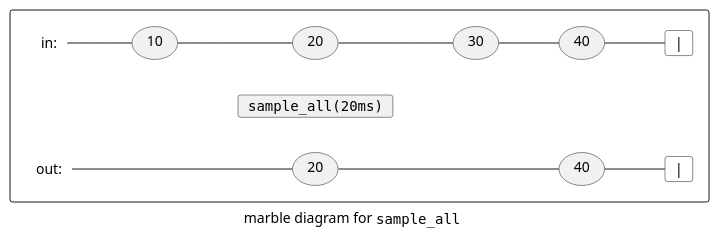
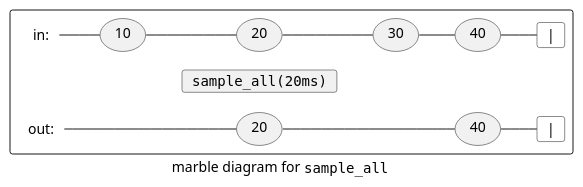
One commit to kirkshoop/sequence-next changed diagram 16 of 17 in sequences.md. Above: the diagram before and after it, drawn with PlantUML. The commit also changed other lines of this file, not shown here.

Commit message:
change layout engine for marble diagrams to fix CI

````diff
--- a/sequences.md
+++ b/sequences.md
@@ -826,27 +836,28 @@
 ```plantuml
+!pragma layout smetana
 caption marble diagram for ""sample_all""
 left to right direction
 rectangle {
 card iS as "in:" #transparent;line:transparent 
 usecase i10 as "10"
 usecase i20 as "20"
 usecase i30 as "30"
 usecase i40 as "40"
 card iE as "|" #transparent
 iS -- i10
 i10 -- i20
 i20 -- i30
 i30 -- i40
 i40 -- iE
 usecase anc as " " #transparent;line:transparent
 card fn as """sample_all(20ms)""" 
 anc -[hidden]-- fn
 card oS as "out:" #transparent;line:transparent
 usecase o20 as "20"
 usecase o40 as "40"
 card oE as "|" #transparent
 oS --- o20
 o20 --- o40
 o40 -- oE
 }
 ```
````
